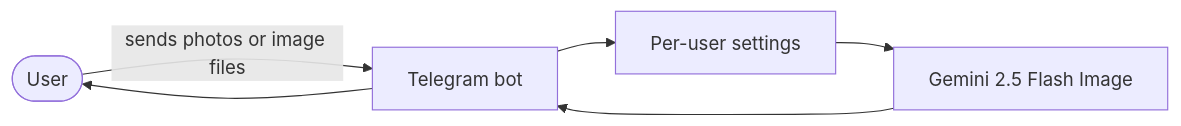
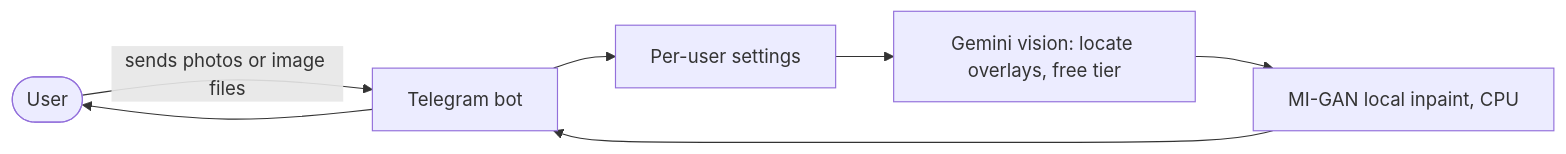
The diagram in README.md (icherniukh/mr-prompter-bot), drawn with Mermaid before and after one commit. The commit also changed other lines of this file and 14 other files, not shown here.

First line of the commit message:
feat: replace paid Gemini image edit with free vision-detect + local inpaint

````diff
--- a/README.md
+++ b/README.md
@@ -11,8 +20,9 @@
 ```mermaid
 flowchart LR
     U([User]) -- sends photos or image files --> T[Telegram bot]
     T --> S[Per-user settings]
-    S --> GM[Gemini 2.5 Flash Image]
-    GM --> T
+    S --> GV[Gemini vision: locate overlays, free tier]
+    GV --> MI[MI-GAN local inpaint, CPU]
+    MI --> T
     T --> U
 ```
````
